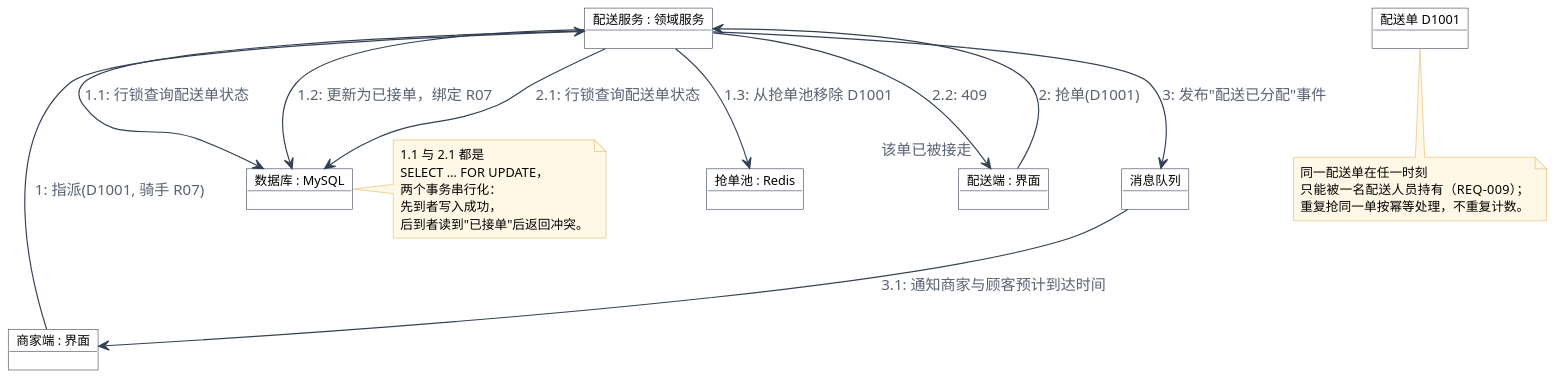
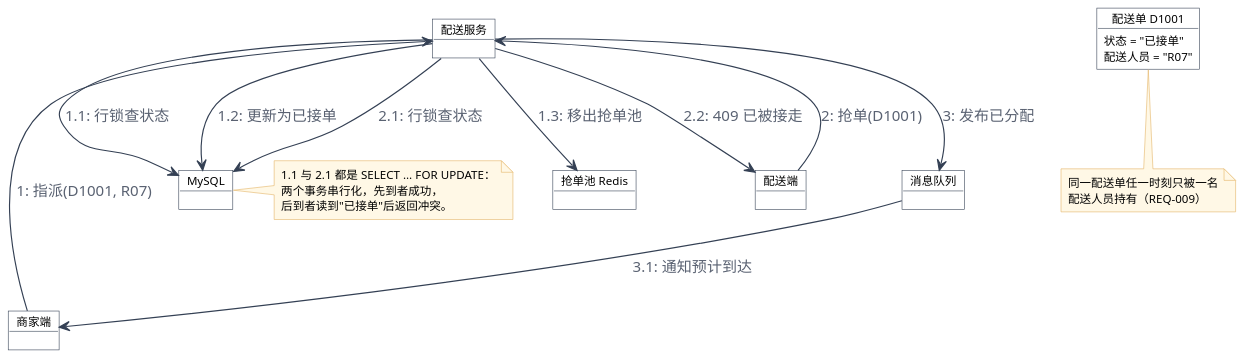
One commit to yui060814zwp-creator/SE-lab changed the diagram in lab2/UML/UML通信图.puml. Above: the diagram before and after it, drawn with PlantUML. The commit also changed 21 other files, not shown here.

Commit message:
lab2: 按评审意见重画 UML，补足三类图（11 张，类图拆为交易域与账号商品域）

```diff
--- a/lab2/UML/UML通信图.puml
+++ b/lab2/UML/UML通信图.puml
@@ -1,50 +1,50 @@
 @startuml UML通信图
 skinparam defaultFontName "Microsoft YaHei"
 skinparam shadowing false
 skinparam ArrowColor #344054
 skinparam ArrowFontColor #5A6272
 skinparam dpi 150
 skinparam object {
   BackgroundColor #FFFFFF
   BorderColor #344054
   HeaderBackgroundColor #EAF1FA
-  FontSize 13
-  AttributeFontSize 11
+  FontSize 12
+  AttributeFontSize 10
 }
 skinparam note {
   BackgroundColor #FFF8E6
   BorderColor #E4B363
-  FontSize 11
+  FontSize 10
 }
 
-object "商家端 : 界面" as SHOP
-object "配送服务 : 领域服务" as DSP
-object "配送单 D1001" as D
-object "数据库 : MySQL" as DB
-object "抢单池 : Redis" as POOL
-object "配送端 : 界面" as RIDER
+object "商家端" as SHOP
+object "配送服务" as DSP
+object "配送单 D1001" as D {
+  状态 = "已接单"
+  配送人员 = "R07"
+}
+object "MySQL" as DB
+object "抢单池 Redis" as POOL
+object "配送端" as RIDER
 object "消息队列" as MQ
 
-SHOP --> DSP : 1: 指派(D1001, 骑手 R07)
-DSP --> DB : 1.1: 行锁查询配送单状态
-DSP --> DB : 1.2: 更新为已接单，绑定 R07
-DSP --> POOL : 1.3: 从抢单池移除 D1001
+SHOP --> DSP : 1: 指派(D1001, R07)
+DSP --> DB : 1.1: 行锁查状态
+DSP --> DB : 1.2: 更新为已接单
+DSP --> POOL : 1.3: 移出抢单池
 RIDER --> DSP : 2: 抢单(D1001)
-DSP --> DB : 2.1: 行锁查询配送单状态
-DSP --> RIDER : 2.2: 409"该单已被接走"
-DSP --> MQ : 3: 发布"配送已分配"事件
-MQ --> SHOP : 3.1: 通知商家与顾客预计到达时间
+DSP --> DB : 2.1: 行锁查状态
+DSP --> RIDER : 2.2: 409 已被接走
+DSP --> MQ : 3: 发布已分配
+MQ --> SHOP : 3.1: 通知预计到达
 
 note right of DB
-  1.1 与 2.1 都是
-  SELECT … FOR UPDATE，
-  两个事务串行化：
-  先到者写入成功，
+  1.1 与 2.1 都是 SELECT … FOR UPDATE：
+  两个事务串行化，先到者成功，
   后到者读到"已接单"后返回冲突。
 end note
 note bottom of D
-  同一配送单在任一时刻
-  只能被一名配送人员持有（REQ-009）；
-  重复抢同一单按幂等处理，不重复计数。
+  同一配送单任一时刻只被一名
+  配送人员持有（REQ-009）
 end note
 @enduml
```
